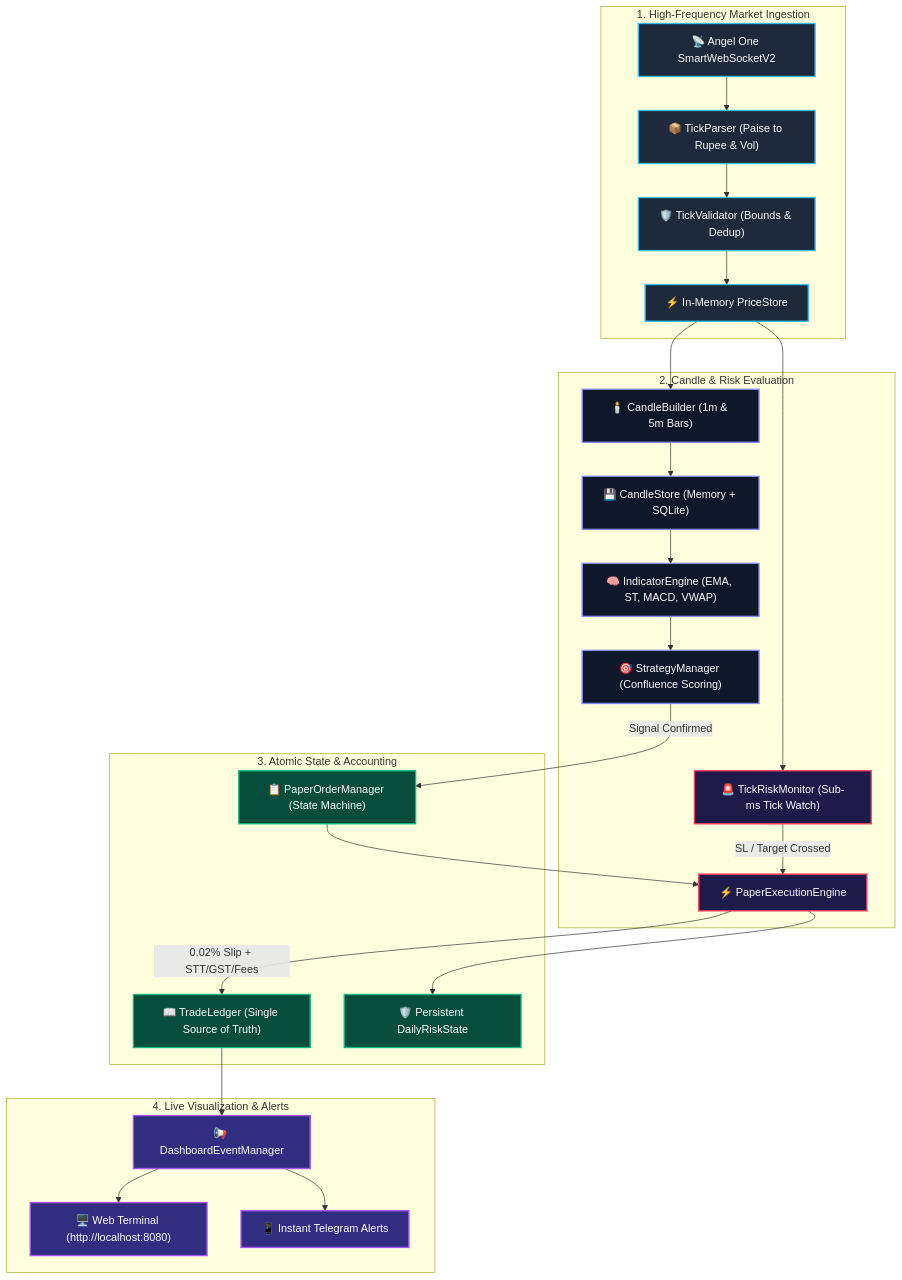
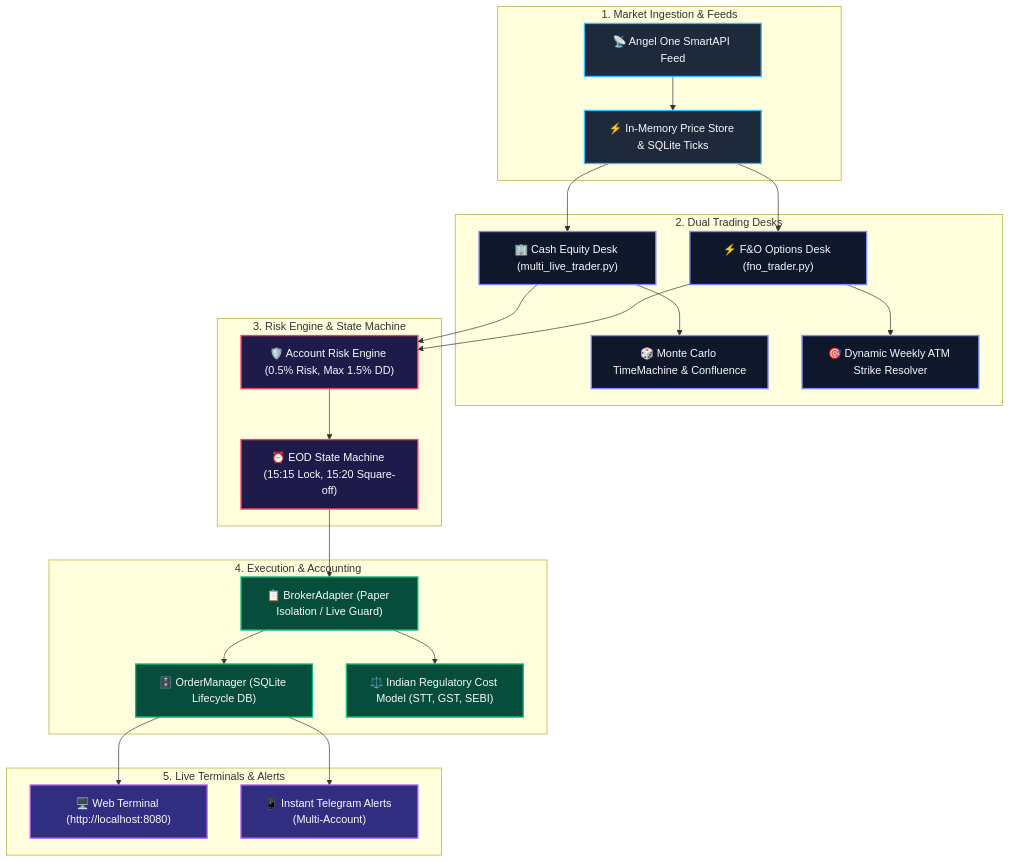
Before and after one commit to Gautam0324/trade: the diagram in README.md, drawn with Mermaid. The commit also changed other lines of this file, not shown here.

Commit message:
docs: update README with V3 architecture, Monte Carlo engine and VPS guide

````diff
--- a/README.md
+++ b/README.md
@@ -45,37 +46,36 @@
 ```mermaid
 flowchart TD
     classDef ws fill:#1e293b,stroke:#38bdf8,stroke-width:2px,color:#f8fafc;
     classDef core fill:#0f172a,stroke:#818cf8,stroke-width:2px,color:#f8fafc;
     classDef risk fill:#1e1b4b,stroke:#f43f5e,stroke-width:2px,color:#f8fafc;
     classDef exec fill:#064e3b,stroke:#10b981,stroke-width:2px,color:#f8fafc;
     classDef dash fill:#312e81,stroke:#a855f7,stroke-width:2px,color:#f8fafc;
 
-    subgraph INGESTION ["1. High-Frequency Market Ingestion"]
-        WS["📡 Angel One SmartWebSocketV2"]:::ws --> TP["📦 TickParser (Paise to Rupee & Vol)"]:::ws
-        TP --> TV["🛡️ TickValidator (Bounds & Dedup)"]:::ws
-        TV --> PS["⚡ In-Memory PriceStore"]:::ws
+    subgraph INGESTION ["1. Market Ingestion & Feeds"]
+        WS["📡 Angel One SmartAPI Feed"]:::ws --> PS["⚡ In-Memory Price Store & SQLite Ticks"]:::ws
     end
 
-    subgraph PROCESSING ["2. Candle & Risk Evaluation"]
-        PS --> CB["🕯️ CandleBuilder (1m & 5m Bars)"]:::core
-        CB --> CS["💾 CandleStore (Memory + SQLite)"]:::core
-        CS --> IE["🧠 IndicatorEngine (EMA, ST, MACD, VWAP)"]:::core
-        IE --> SM["🎯 StrategyManager (Confluence Scoring)"]:::core
-        
-        PS --> TRM["🚨 TickRiskMonitor (Sub-ms Tick Watch)"]:::risk
-        TRM -->|"SL / Target Crossed"| PEE["⚡ PaperExecutionEngine"]:::risk
+    subgraph DESKS ["2. Dual Trading Desks"]
+        PS --> EQ["🏢 Cash Equity Desk (multi_live_trader.py)"]:::core
+        PS --> FNO["⚡ F&O Options Desk (fno_trader.py)"]:::core
+        EQ --> MC["🎲 Monte Carlo TimeMachine & Confluence"]:::core
+        FNO --> ATM["🎯 Dynamic Weekly ATM Strike Resolver"]:::core
     end
 
-    subgraph EXECUTION ["3. Atomic State & Accounting"]
-        SM -->|"Signal Confirmed"| POM["📋 PaperOrderManager (State Machine)"]:::exec
-        POM --> PEE
-        PEE -->|"0.02% Slip + STT/GST/Fees"| TL["📖 TradeLedger (Single Source of Truth)"]:::exec
-        PEE --> DRS["🛡️ Persistent DailyRiskState"]:::exec
+    subgraph RISK ["3. Risk Engine & State Machine"]
+        EQ --> RE["🛡️ Account Risk Engine (0.5% Risk, Max 1.5% DD)"]:::risk
+        FNO --> RE
+        RE --> EOD["⏰ EOD State Machine (15:15 Lock, 15:20 Square-off)"]:::risk
     end
 
-    subgraph MONITORING ["4. Live Visualization & Alerts"]
-        TL --> DEM["📢 DashboardEventManager"]:::dash
-        DEM --> UI["🖥️ Web Terminal (http://localhost:8080)"]:::dash
-        DEM --> TG["📱 Instant Telegram Alerts"]:::dash
+    subgraph EXECUTION ["4. Execution & Accounting"]
+        EOD --> BA["📋 BrokerAdapter (Paper Isolation / Live Guard)"]:::exec
+        BA --> OM["🗄️ OrderManager (SQLite Lifecycle DB)"]:::exec
+        BA --> AC["⚖️ Indian Regulatory Cost Model (STT, GST, SEBI)"]:::exec
+    end
+
+    subgraph MONITORING ["5. Live Terminals & Alerts"]
+        OM --> UI["🖥️ Web Terminal (http://localhost:8080)"]:::dash
+        OM --> TG["📱 Instant Telegram Alerts (Multi-Account)"]:::dash
     end
 ```
````
